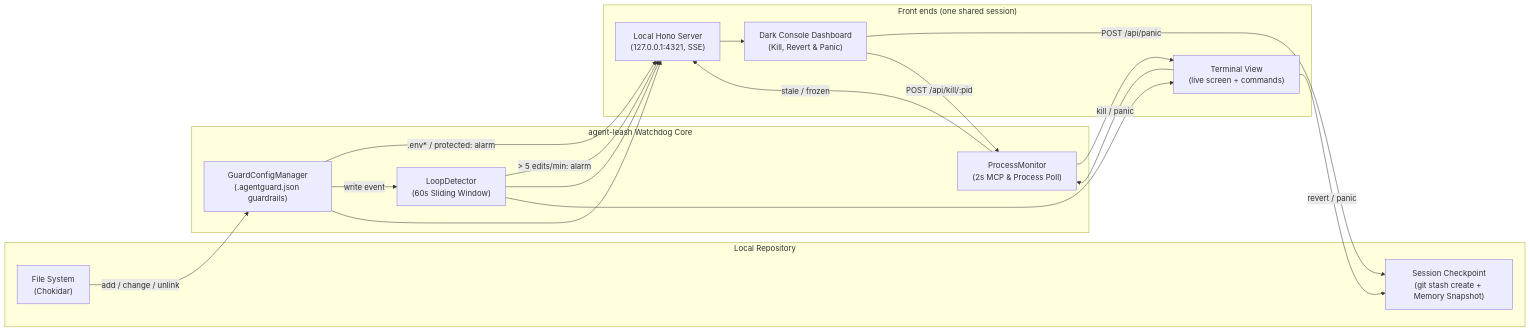
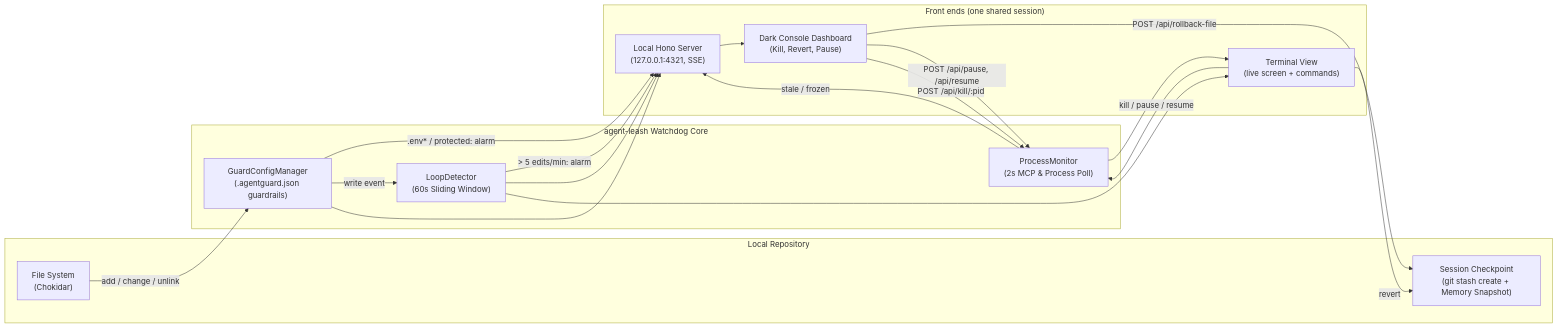
The diagram in README.md (uwejettkant/strayps), drawn with Mermaid before and after one commit. The commit also changed other lines of this file and 29 other files, not shown here.

First line of the commit message:
feat(processes)!: pause and resume instead of panic

````diff
--- a/README.md
+++ b/README.md
@@ -107,34 +108,35 @@
 ```mermaid
 flowchart LR
   subgraph Repo["Local Repository"]
     FS["File System\n(Chokidar)"]
     GIT["Session Checkpoint\n(git stash create + Memory Snapshot)"]
   end
 
   subgraph Core["agent-leash Watchdog Core"]
     CFG["GuardConfigManager\n(.agentguard.json guardrails)"]
     LOOP["LoopDetector\n(60s Sliding Window)"]
     PROC["ProcessMonitor\n(2s MCP & Process Poll)"]
   end
 
   subgraph UI["Front ends (one shared session)"]
     TUI["Terminal View\n(live screen + commands)"]
     SSE["Local Hono Server\n(127.0.0.1:4321, SSE)"]
-    DASH["Dark Console Dashboard\n(Kill, Revert & Panic)"]
+    DASH["Dark Console Dashboard\n(Kill, Revert, Pause)"]
   end
 
   FS -->|add / change / unlink| CFG
   CFG -->|".env* / protected: alarm"| SSE
   CFG -->|write event| LOOP
   LOOP -->|"> 5 edits/min: alarm"| SSE
   PROC -->|"stale / frozen"| SSE
   LOOP --> SSE
   CFG --> SSE
   LOOP --> TUI
   PROC --> TUI
   SSE --> DASH
-  DASH -->|"POST /api/panic"| GIT
+  DASH -->|"POST /api/rollback-file"| GIT
+  DASH -->|"POST /api/pause, /api/resume"| PROC
   DASH -->|"POST /api/kill/:pid"| PROC
-  TUI -->|"revert / panic"| GIT
-  TUI -->|"kill / panic"| PROC
+  TUI -->|"revert"| GIT
+  TUI -->|"kill / pause / resume"| PROC
 ```
````
